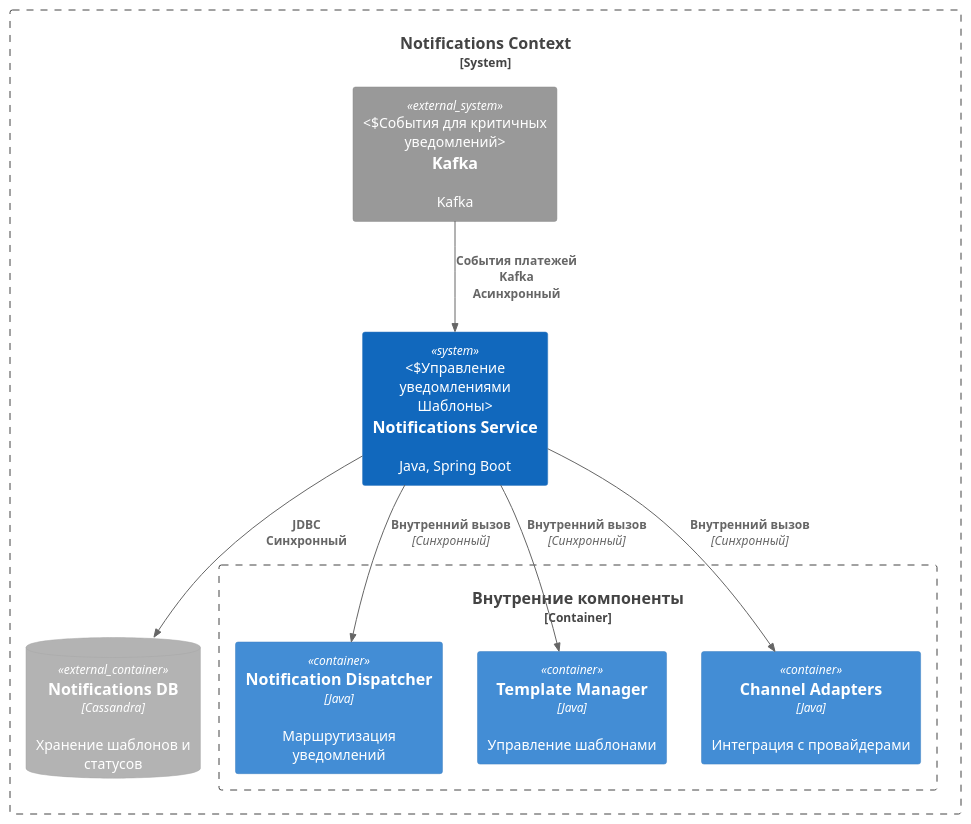
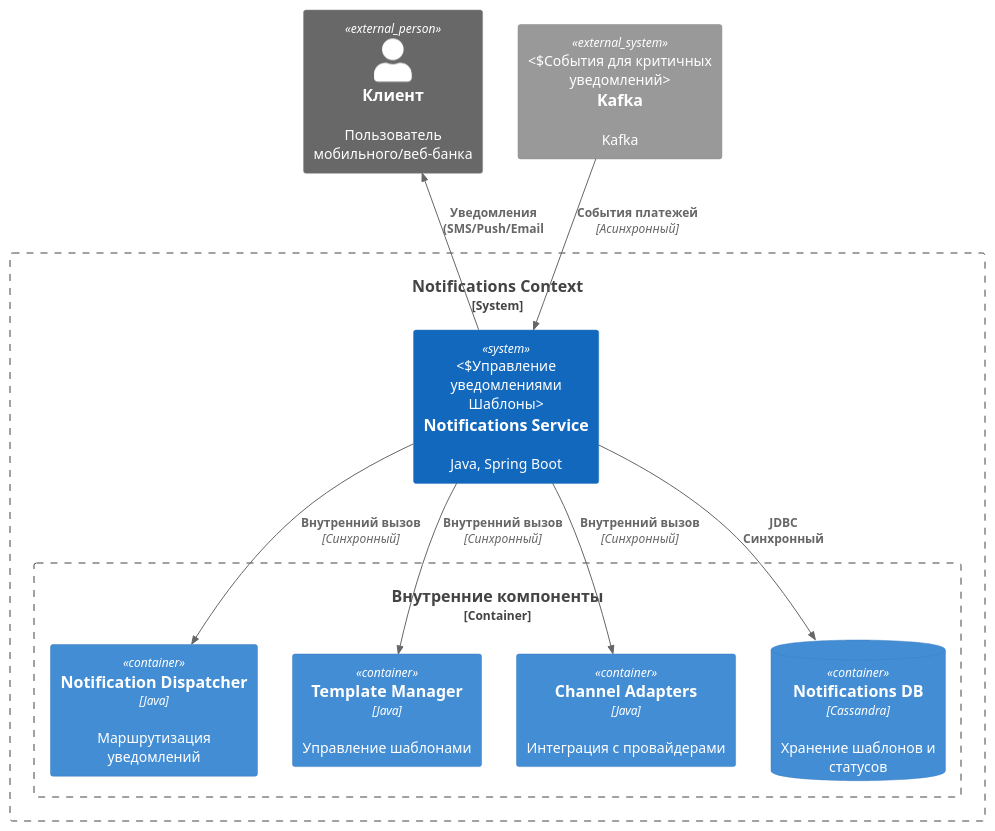
The diagram in uml-schemas/C4-context/notify.puml (petrP99/system-design), drawn with PlantUML before and after one commit. The commit also changed 5 other files, not shown here.

Commit message:
Добавил callback.puml на диаграмму контейнера

```diff
--- a/uml-schemas/C4-context/notify.puml
+++ b/uml-schemas/C4-context/notify.puml
@@ -1,22 +1,25 @@
 @startuml
 !include https://raw.githubusercontent.com/plantuml-stdlib/C4-PlantUML/master/C4_Container.puml
 
 System_Boundary(notifications_context, "Notifications Context") {
   System(notifications_service, "Notifications Service", "Java, Spring Boot", "Управление уведомлениями\nШаблоны")
-  ContainerDb_Ext(notifications_db, "Notifications DB", "Cassandra", "Хранение шаблонов и статусов")
-  System_Ext(kafka, "Kafka", "Kafka", "События для критичных уведомлений")
 
   Container_Boundary(internal, "Внутренние компоненты") {
     Container(dispatcher, "Notification Dispatcher", "Java", "Маршрутизация уведомлений")
     Container(templates, "Template Manager", "Java", "Управление шаблонами")
     Container(channels, "Channel Adapters", "Java", "Интеграция с провайдерами")
+    ContainerDb(notifications_db, "Notifications DB", "Cassandra", "Хранение шаблонов и статусов")
   }
 }
 
+System_Ext(kafka, "Kafka", "Kafka", "События для критичных уведомлений")
+Person_Ext(customer, "Клиент", "Пользователь мобильного/веб-банка")
+
+Rel_U(notifications_service, customer, "Уведомления\n(SMS/Push/Email")
 Rel(notifications_service, notifications_db, "JDBC\nСинхронный")
 Rel(notifications_service, dispatcher, "Внутренний вызов", "Синхронный")
 Rel(notifications_service, templates, "Внутренний вызов", "Синхронный")
 Rel(notifications_service, channels, "Внутренний вызов", "Синхронный")
-Rel(kafka, notifications_service, "События платежей\nKafka\nАсинхронный")
+Rel(kafka, notifications_service, "События платежей", "Асинхронный")
 
 @enduml
```
